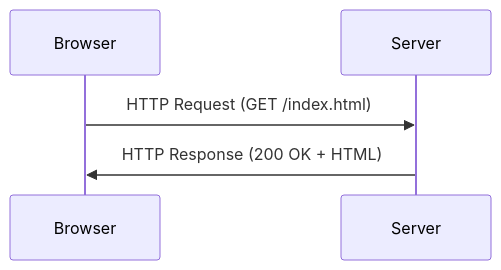
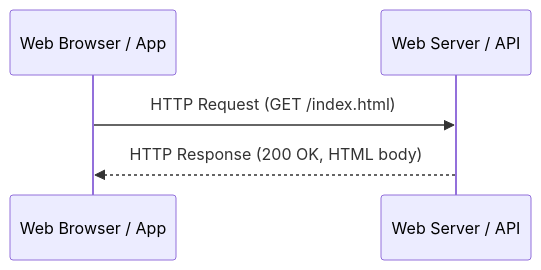
Before and after one commit to Charikshith/Learing_System_Design: the third of 16 diagrams in System_Design/3 - Protocols (System Design Fundamentals).md, drawn with Mermaid. The commit also changed other lines of this file and 41 other files, not shown here.

````diff
--- a/System_Design/3 - Protocols (System Design Fundamentals).md
+++ b/System_Design/3 - Protocols (System Design Fundamentals).md
@@ -105,7 +258,8 @@
 ```mermaid
 sequenceDiagram
-    participant Browser
-    participant Server
-    Browser->>Server: HTTP Request (GET /index.html)
-    Server->>Browser: HTTP Response (200 OK + HTML)
+    participant Client as Web Browser / App
+    participant Server as Web Server / API
+
+    Client->>Server: HTTP Request (GET /index.html)
+    Server-->>Client: HTTP Response (200 OK, HTML body)
 ```
````
